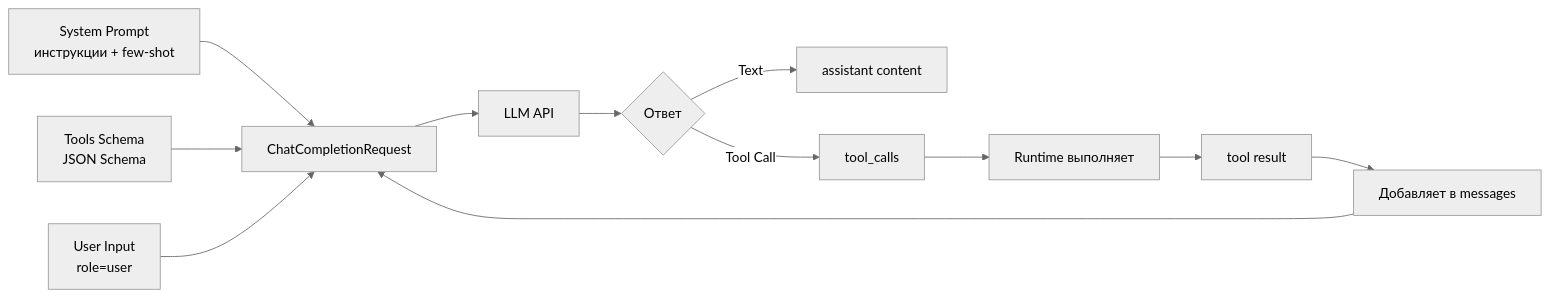
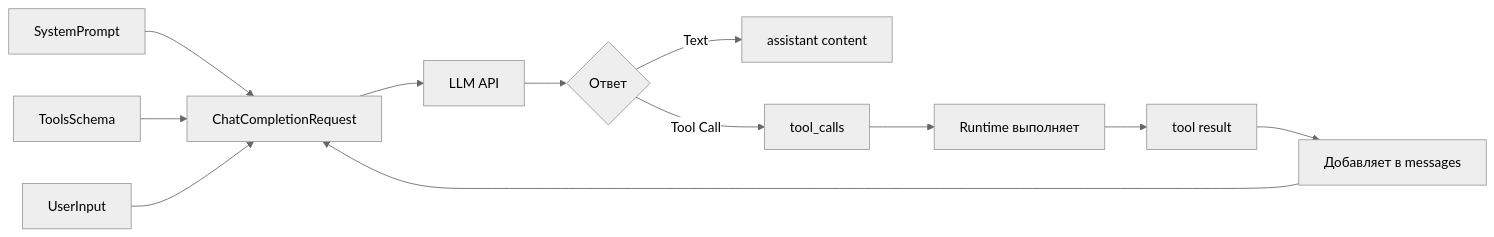
The diagram in docs/book/02-prompt-engineering/README.md (kshvakov/ai-agent-course), drawn with Mermaid (neutral theme) before and after one commit. The commit also changed other lines of this file, not shown here.

````diff
--- a/docs/book/02-prompt-engineering/README.md
+++ b/docs/book/02-prompt-engineering/README.md
@@ -302,14 +300,14 @@
 ```mermaid
 graph LR
-    A[System Prompt<br/>инструкции + few-shot] --> D[ChatCompletionRequest]
-    B[Tools Schema<br/>JSON Schema] --> D
-    C[User Input<br/>role=user] --> D
+    A[SystemPrompt] --> D[ChatCompletionRequest]
+    B[ToolsSchema] --> D
+    C[UserInput] --> D
     D --> E[LLM API]
     E --> F{Ответ}
     F -->|Text| G[assistant content]
     F -->|Tool Call| H[tool_calls]
     H --> I[Runtime выполняет]
     I --> J[tool result]
     J --> K[Добавляет в messages]
     K --> D
 ```
````
